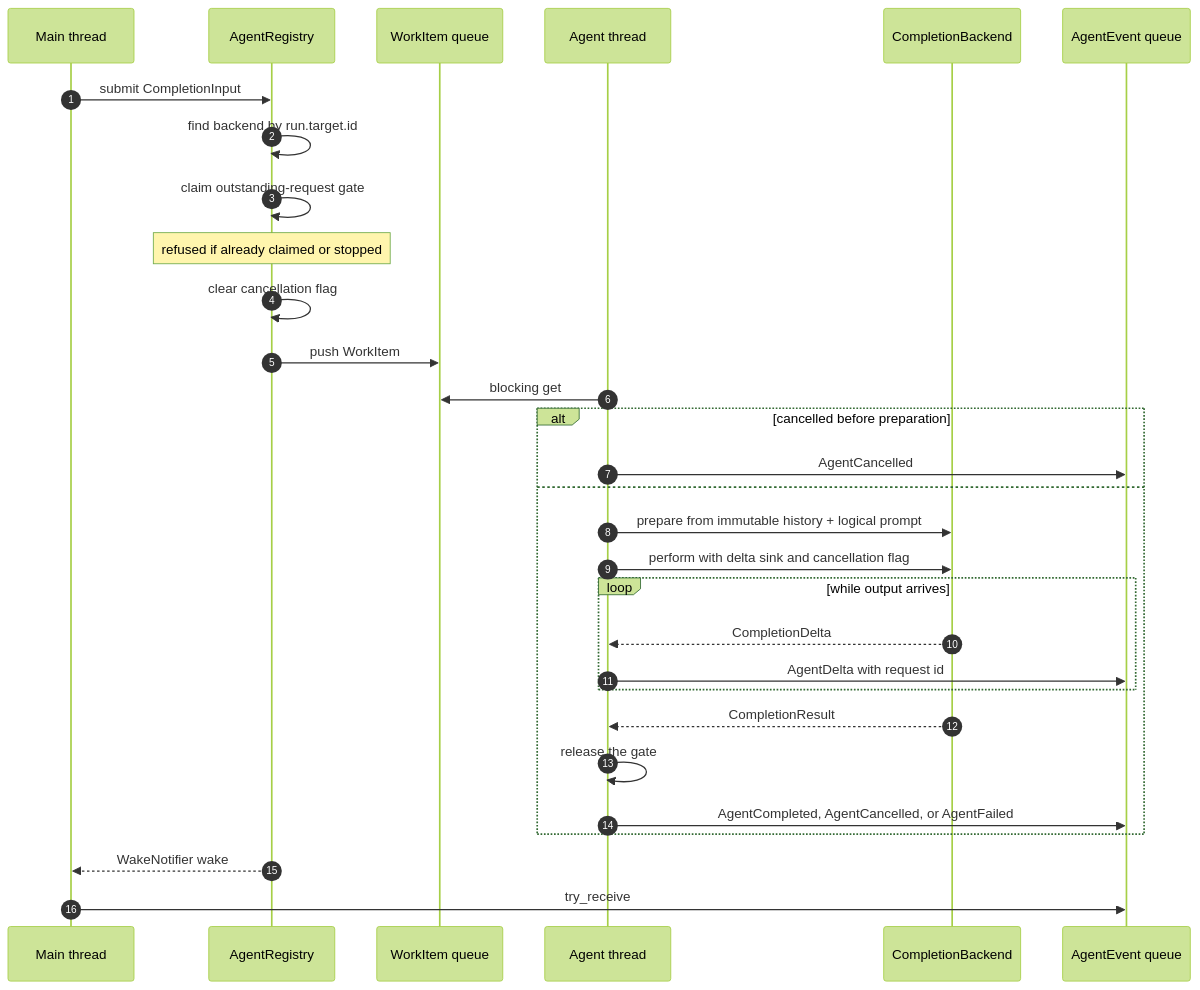
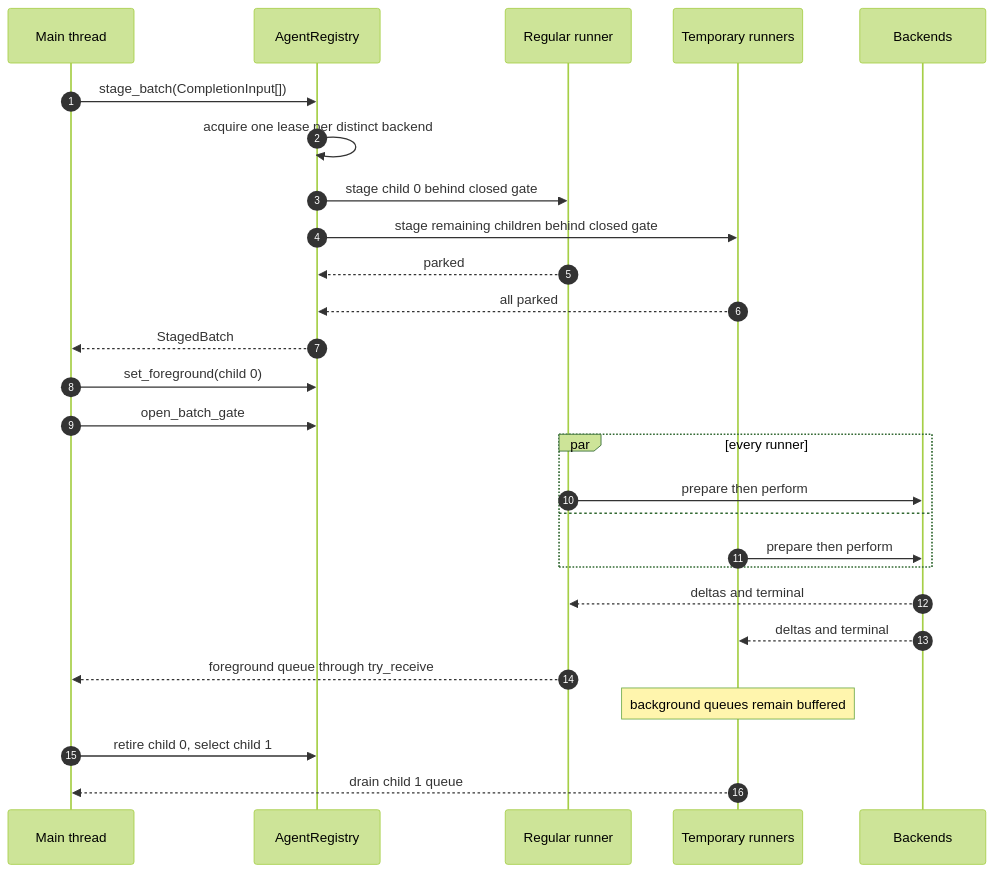
Before and after one commit to michaelpopov/cha: the second of 4 diagrams in src/agents/README.md, drawn with Mermaid (forest theme). The commit also changed other lines of this file and 14 other files, not shown here.

````diff
--- a/src/agents/README.md
+++ b/src/agents/README.md
@@ -96,33 +98,30 @@
 ```mermaid
 sequenceDiagram
     autonumber
     participant M as Main thread
     participant R as AgentRegistry
-    participant Q as WorkItem queue
-    participant W as Agent thread
-    participant B as CompletionBackend
-    participant E as AgentEvent queue
+    participant W0 as Regular runner
+    participant WN as Temporary runners
+    participant B as Backends
 
-    M->>R: submit CompletionInput
-    R->>R: find backend by run.target.id
-    R->>R: claim outstanding-request gate
-    Note over R: refused if already claimed or stopped
-    R->>R: clear cancellation flag
-    R->>Q: push WorkItem
-    W->>Q: blocking get
-    alt cancelled before preparation
-        W->>E: AgentCancelled
-    else
-        W->>B: prepare from immutable history + logical prompt
-        W->>B: perform with delta sink and cancellation flag
-        loop while output arrives
-            B-->>W: CompletionDelta
-            W->>E: AgentDelta with request id
-        end
-        B-->>W: CompletionResult
-        W->>W: release the gate
-        W->>E: AgentCompleted, AgentCancelled, or AgentFailed
+    M->>R: stage_batch(CompletionInput[])
+    R->>R: acquire one lease per distinct backend
+    R->>W0: stage child 0 behind closed gate
+    R->>WN: stage remaining children behind closed gate
+    W0-->>R: parked
+    WN-->>R: all parked
+    R-->>M: StagedBatch
+    M->>R: set_foreground(child 0)
+    M->>R: open_batch_gate
+    par every runner
+        W0->>B: prepare then perform
+    and
+        WN->>B: prepare then perform
     end
-    R-->>M: WakeNotifier wake
-    M->>E: try_receive
+    B-->>W0: deltas and terminal
+    B-->>WN: deltas and terminal
+    W0-->>M: foreground queue through try_receive
+    Note over WN: background queues remain buffered
+    M->>R: retire child 0, select child 1
+    WN-->>M: drain child 1 queue
 ```
````
